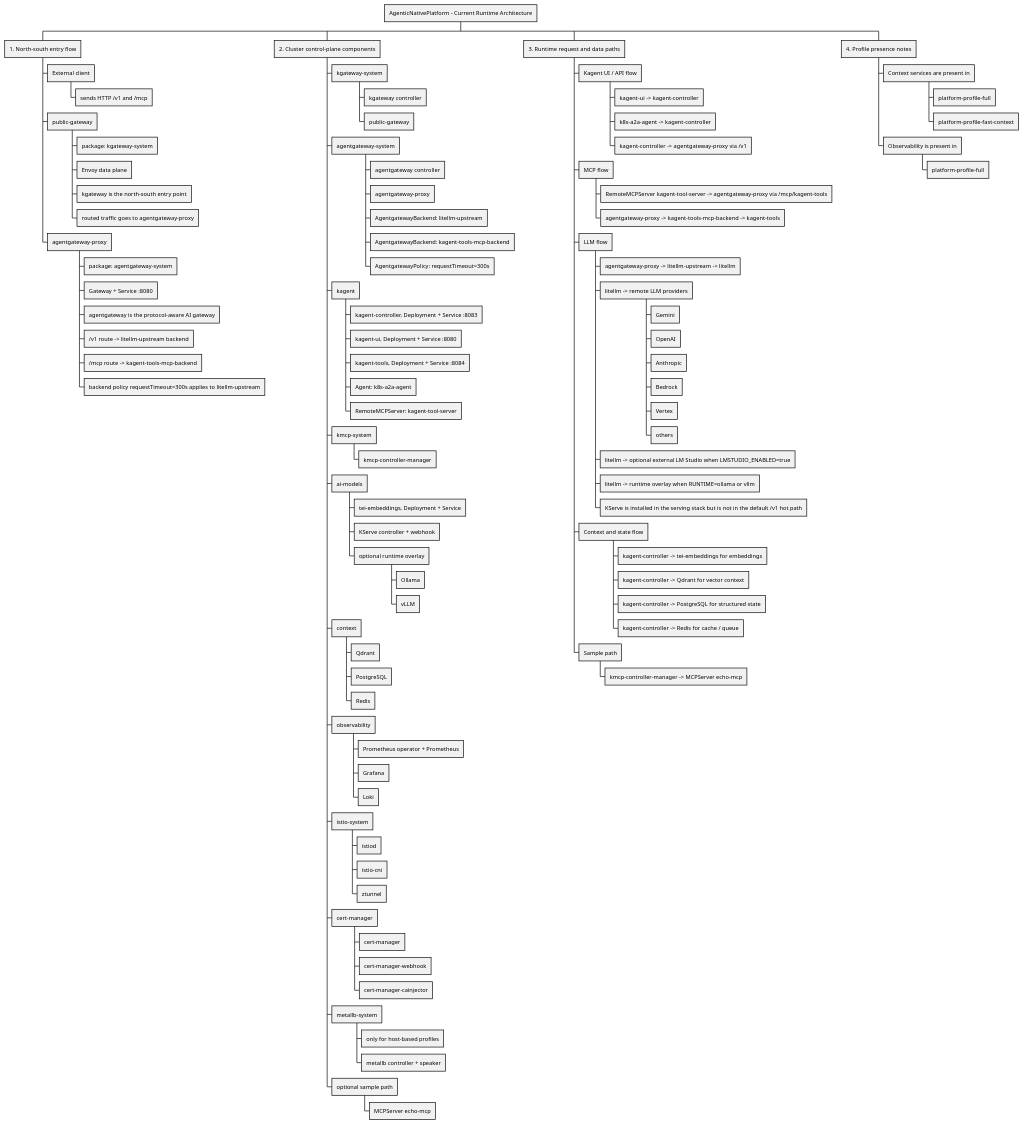
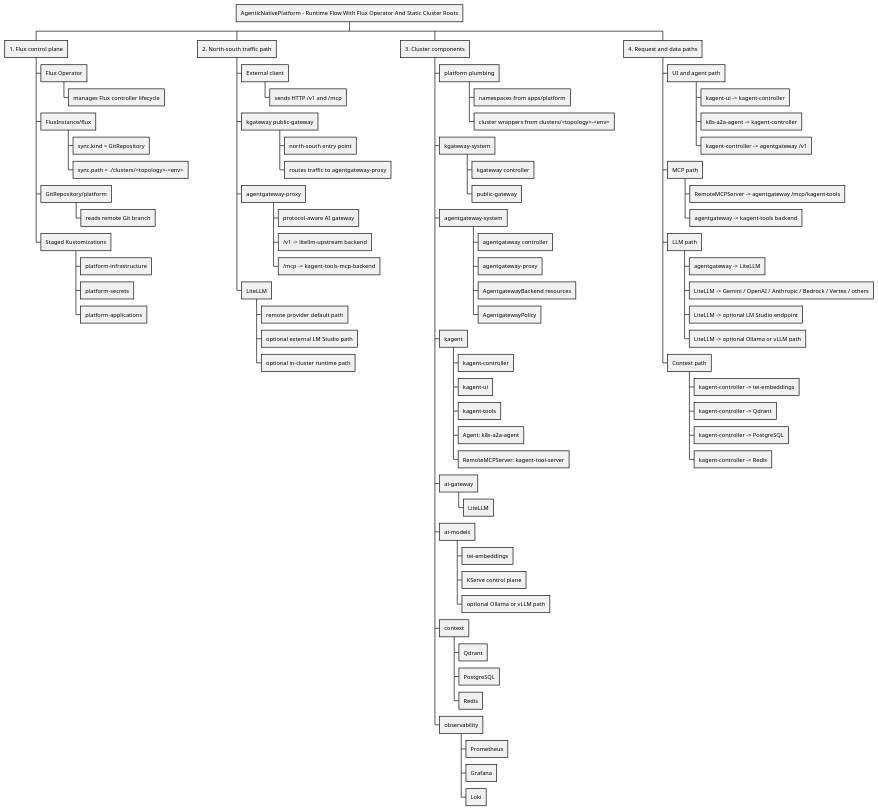
The diagram in .assets/architecture-current-runtime-wbs.puml (Shkirmantsev/AgenticNativePlatform), drawn with PlantUML before and after one commit. The commit also changed 342 other files, not shown here.

Commit message:
Prepare infrastructure to GitLess

```diff
--- a/.assets/architecture-current-runtime-wbs.puml
+++ b/.assets/architecture-current-runtime-wbs.puml
@@ -1,99 +1,82 @@
 @startwbs
-* AgenticNativePlatform - Current Runtime Architecture
-** 1. North-south entry flow
+* AgenticNativePlatform - Runtime Flow With Flux Operator And Static Cluster Roots
+** 1. Flux control plane
+*** Flux Operator
+**** manages Flux controller lifecycle
+*** FluxInstance/flux
+**** sync.kind = GitRepository
+**** sync.path = ./clusters/<topology>-<env>
+*** GitRepository/platform
+**** reads remote Git branch
+*** Staged Kustomizations
+**** platform-infrastructure
+**** platform-secrets
+**** platform-applications
+
+** 2. North-south traffic path
 *** External client
 **** sends HTTP /v1 and /mcp
-*** public-gateway
-**** package: kgateway-system
-**** Envoy data plane
-**** kgateway is the north-south entry point
-**** routed traffic goes to agentgateway-proxy
+*** kgateway public-gateway
+**** north-south entry point
+**** routes traffic to agentgateway-proxy
 *** agentgateway-proxy
-**** package: agentgateway-system
-**** Gateway + Service :8080
-**** agentgateway is the protocol-aware AI gateway
-**** /v1 route -> litellm-upstream backend
-**** /mcp route -> kagent-tools-mcp-backend
-**** backend policy requestTimeout=300s applies to litellm-upstream
+**** protocol-aware AI gateway
+**** /v1 -> litellm-upstream backend
+**** /mcp -> kagent-tools-mcp-backend
+*** LiteLLM
+**** remote provider default path
+**** optional external LM Studio path
+**** optional in-cluster runtime path
 
-** 2. Cluster control-plane components
+** 3. Cluster components
+*** platform plumbing
+**** namespaces from apps/platform
+**** cluster wrappers from clusters/<topology>-<env>
 *** kgateway-system
 **** kgateway controller
 **** public-gateway
 *** agentgateway-system
 **** agentgateway controller
 **** agentgateway-proxy
-**** AgentgatewayBackend: litellm-upstream
-**** AgentgatewayBackend: kagent-tools-mcp-backend
-**** AgentgatewayPolicy: requestTimeout=300s
+**** AgentgatewayBackend resources
+**** AgentgatewayPolicy
 *** kagent
-**** kagent-controller, Deployment + Service :8083
-**** kagent-ui, Deployment + Service :8080
-**** kagent-tools, Deployment + Service :8084
+**** kagent-controller
+**** kagent-ui
+**** kagent-tools
 **** Agent: k8s-a2a-agent
 **** RemoteMCPServer: kagent-tool-server
-*** kmcp-system
-**** kmcp-controller-manager
+*** ai-gateway
+**** LiteLLM
 *** ai-models
-**** tei-embeddings, Deployment + Service
-**** KServe controller + webhook
-**** optional runtime overlay
-***** Ollama
-***** vLLM
+**** tei-embeddings
+**** KServe control plane
+**** optional Ollama or vLLM path
 *** context
 **** Qdrant
 **** PostgreSQL
 **** Redis
 *** observability
-**** Prometheus operator + Prometheus
+**** Prometheus
 **** Grafana
 **** Loki
-*** istio-system
-**** istiod
-**** istio-cni
-**** ztunnel
-*** cert-manager
-**** cert-manager
-**** cert-manager-webhook
-**** cert-manager-cainjector
-*** metallb-system
-**** only for host-based profiles
-**** metallb controller + speaker
-*** optional sample path
-**** MCPServer echo-mcp
 
-** 3. Runtime request and data paths
-*** Kagent UI / API flow
+** 4. Request and data paths
+*** UI and agent path
 **** kagent-ui -> kagent-controller
 **** k8s-a2a-agent -> kagent-controller
-**** kagent-controller -> agentgateway-proxy via /v1
-*** MCP flow
-**** RemoteMCPServer kagent-tool-server -> agentgateway-proxy via /mcp/kagent-tools
-**** agentgateway-proxy -> kagent-tools-mcp-backend -> kagent-tools
-*** LLM flow
-**** agentgateway-proxy -> litellm-upstream -> litellm
-**** litellm -> remote LLM providers
-***** Gemini
-***** OpenAI
-***** Anthropic
-***** Bedrock
-***** Vertex
-***** others
-**** litellm -> optional external LM Studio when LMSTUDIO_ENABLED=true
-**** litellm -> runtime overlay when RUNTIME=ollama or vllm
-**** KServe is installed in the serving stack but is not in the default /v1 hot path
-*** Context and state flow
-**** kagent-controller -> tei-embeddings for embeddings
-**** kagent-controller -> Qdrant for vector context
-**** kagent-controller -> PostgreSQL for structured state
-**** kagent-controller -> Redis for cache / queue
-*** Sample path
-**** kmcp-controller-manager -> MCPServer echo-mcp
-
-** 4. Profile presence notes
-*** Context services are present in
-**** platform-profile-full
-**** platform-profile-fast-context
-*** Observability is present in
-**** platform-profile-full
+**** kagent-controller -> agentgateway /v1
+*** MCP path
+**** RemoteMCPServer -> agentgateway /mcp/kagent-tools
+**** agentgateway -> kagent-tools backend
+*** LLM path
+**** agentgateway -> LiteLLM
+**** LiteLLM -> Gemini / OpenAI / Anthropic / Bedrock / Vertex / others
+**** LiteLLM -> optional LM Studio endpoint
+**** LiteLLM -> optional Ollama or vLLM path
+*** Context path
+**** kagent-controller -> tei-embeddings
+**** kagent-controller -> Qdrant
+**** kagent-controller -> PostgreSQL
+**** kagent-controller -> Redis
 @endwbs
```
